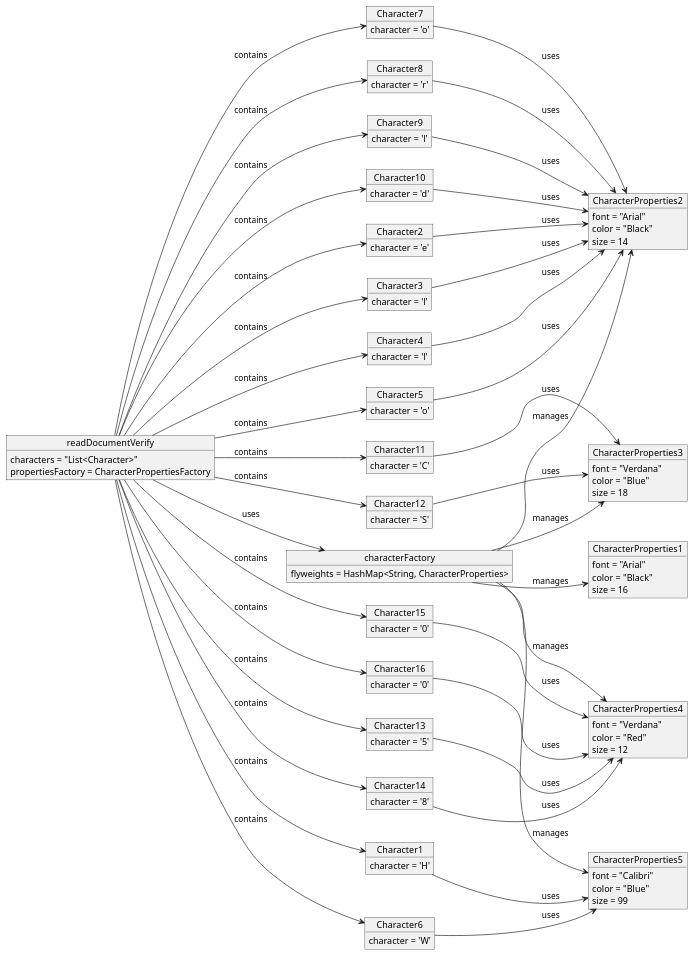
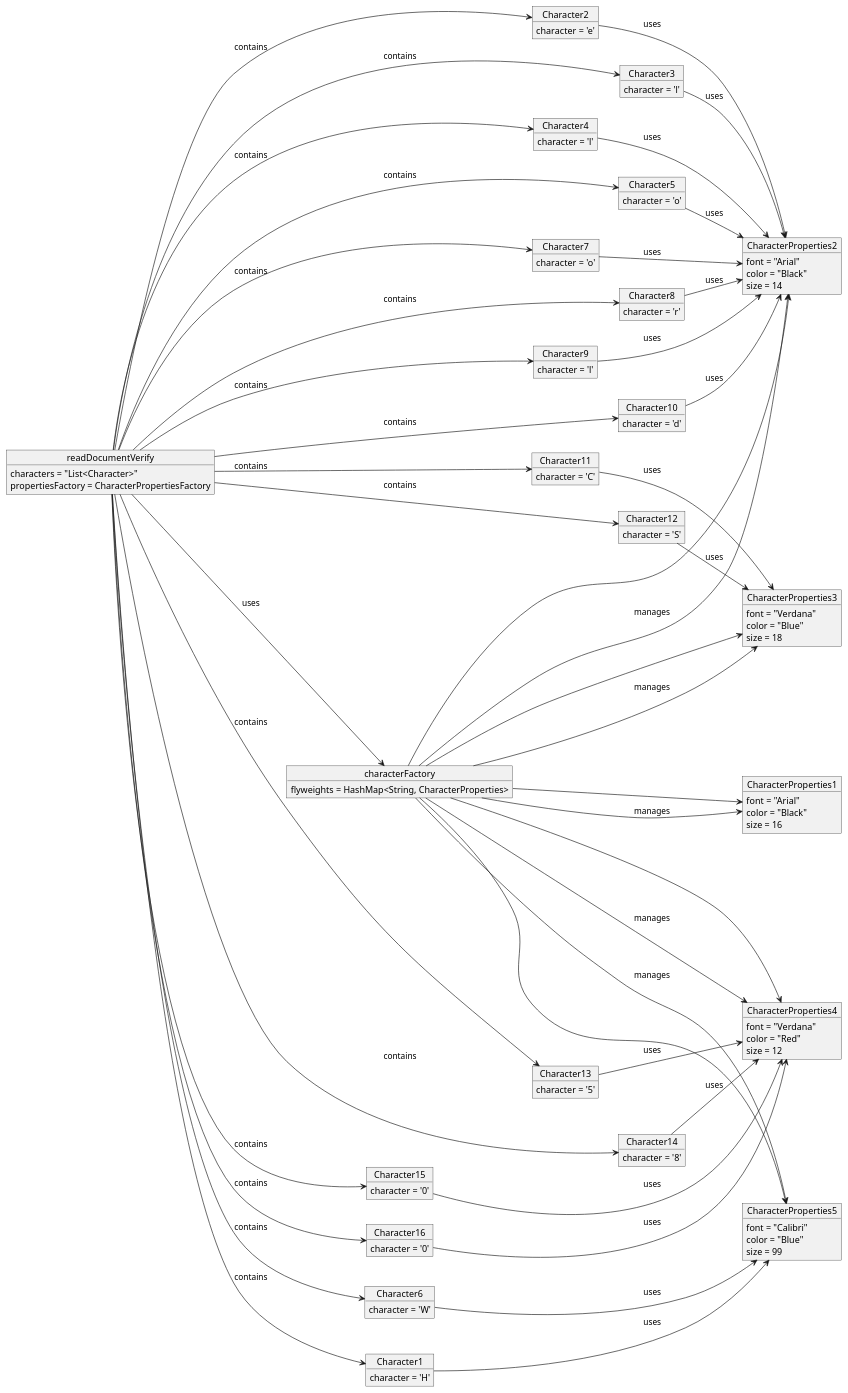
Before and after one commit to NhanThai0501/CS4800-S24: the diagram in hw8-behavioral-patterns/TextEditorObjectDiagram2.puml, drawn with PlantUML. The commit also changed 1 other file, not shown here.

```diff
--- a/hw8-behavioral-patterns/TextEditorObjectDiagram2.puml
+++ b/hw8-behavioral-patterns/TextEditorObjectDiagram2.puml
@@ -1,135 +1,135 @@
 @startuml
 left to right direction
 
 object readDocumentVerify {
   characters = "List<Character>"
   propertiesFactory = CharacterPropertiesFactory
 }
 
 object characterFactory {
   flyweights = HashMap<String, CharacterProperties>
 }
 
 object CharacterProperties2 {
   font = "Arial"
   color = "Black"
   size = 14
 }
 object CharacterProperties1 {
   font = "Arial"
   color = "Black"
   size = 16
 }
 object CharacterProperties3 {
   font = "Verdana"
   color = "Blue"
   size = 18
 }
 object CharacterProperties4 {
   font = "Verdana"
   color = "Red"
   size = 12
 }
 
 object CharacterProperties5 {
   font = "Calibri"
   color = "Blue"
   size = 99
 }
 
 object Character1 {
   character = 'H'
 }
 object Character2 {
   character = 'e'
 }
 object Character3 {
   character = 'l'
 }
 object Character4 {
   character = 'l'
 }
 object Character5 {
   character = 'o'
 }
 object Character6 {
   character = 'W'
 }
 object Character7 {
   character = 'o'
 }
 object Character8 {
   character = 'r'
 }
 object Character9 {
   character = 'l'
 }
 object Character10 {
   character = 'd'
 }
 object Character11 {
   character = 'C'
 }
 object Character12 {
   character = 'S'
 }
 object Character13 {
   character = '5'
 }
 object Character14 {
   character = '8'
 }
 object Character15 {
   character = '0'
 }
 object Character16 {
   character = '0'
 }
 
 readDocumentVerify --> characterFactory : "uses"
-characterFactory -[hidden]-> CharacterProperties1
-characterFactory -[hidden]-> CharacterProperties2
-characterFactory -[hidden]-> CharacterProperties3
-characterFactory -[hidden]-> CharacterProperties4
-characterFactory -[hidden]-> CharacterProperties5
+characterFactory ---> CharacterProperties1
+characterFactory ---> CharacterProperties2
+characterFactory ---> CharacterProperties3
+characterFactory ---> CharacterProperties4
+characterFactory ---> CharacterProperties5
 readDocumentVerify --> Character1 : "contains"
 readDocumentVerify --> Character2 : "contains"
 readDocumentVerify --> Character3 : "contains"
 readDocumentVerify --> Character4 : "contains"
 readDocumentVerify --> Character5 : "contains"
 readDocumentVerify --> Character6 : "contains"
 readDocumentVerify --> Character7 : "contains"
 readDocumentVerify --> Character8 : "contains"
 readDocumentVerify --> Character9 : "contains"
 readDocumentVerify --> Character10 : "contains"
 readDocumentVerify --> Character11 : "contains"
 readDocumentVerify --> Character12 : "contains"
 readDocumentVerify --> Character13 : "contains"
 readDocumentVerify --> Character14 : "contains"
 readDocumentVerify --> Character15 : "contains"
 readDocumentVerify --> Character16 : "contains"
 
 characterFactory --> CharacterProperties2 : "manages"
 characterFactory --> CharacterProperties1 : "manages"
 characterFactory --> CharacterProperties3 : "manages"
 characterFactory --> CharacterProperties4 : "manages"
 characterFactory --> CharacterProperties5 : "manages"
 
 Character1 --> CharacterProperties5 : "uses"
 Character2 --> CharacterProperties2 : "uses"
 Character3 --> CharacterProperties2 : "uses"
 Character4 --> CharacterProperties2 : "uses"
 Character5 --> CharacterProperties2 : "uses"
 Character6 --> CharacterProperties5 : "uses"
 Character7 --> CharacterProperties2 : "uses"
 Character8 --> CharacterProperties2 : "uses"
 Character9 --> CharacterProperties2 : "uses"
 Character10 --> CharacterProperties2 : "uses"
 Character11 --> CharacterProperties3 : "uses"
 Character12 --> CharacterProperties3 : "uses"
 Character13 --> CharacterProperties4 : "uses"
 Character14 --> CharacterProperties4 : "uses"
 Character15 --> CharacterProperties4 : "uses"
 Character16 --> CharacterProperties4 : "uses"
 
 @enduml
```
